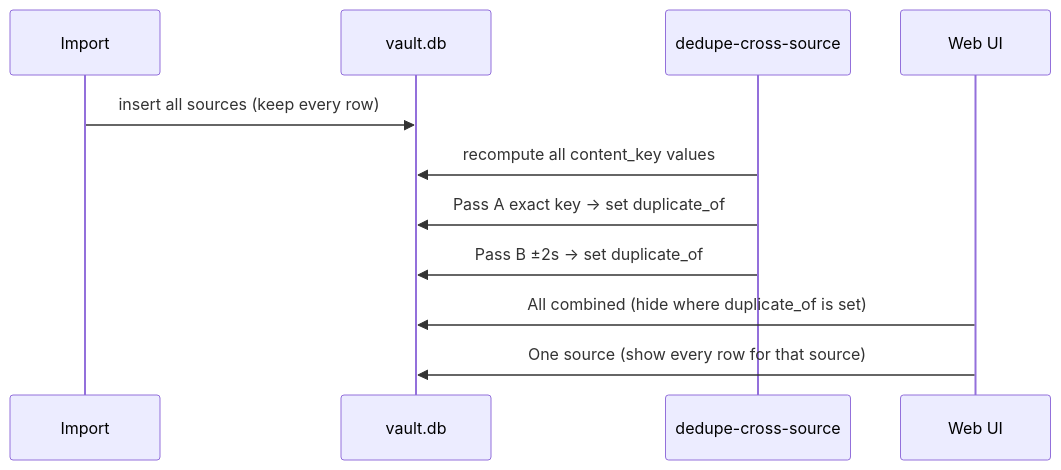
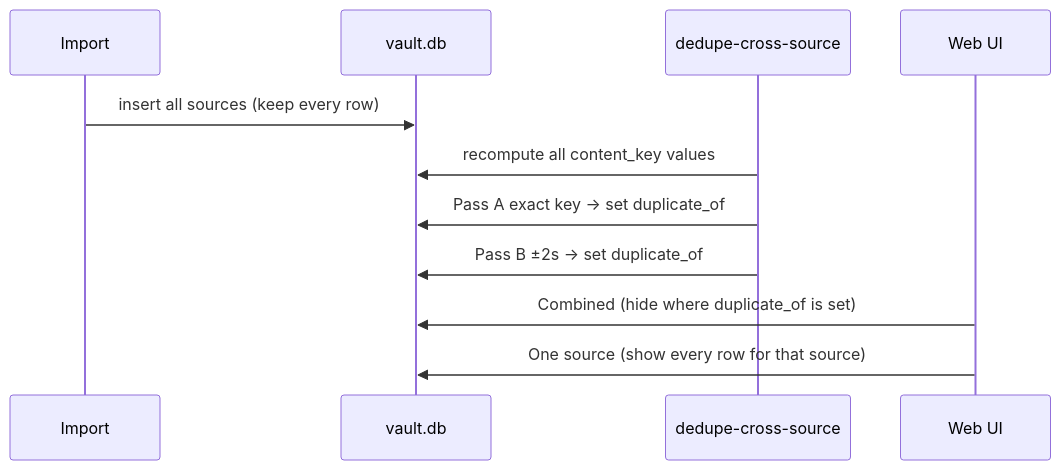
Before and after one commit to bitrealm-dev/message-vault-rs: the third of 4 diagrams in docs/dedupe.md, drawn with Mermaid. The commit also changed other lines of this file and 10 other files, not shown here.

````diff
--- a/docs/dedupe.md
+++ b/docs/dedupe.md
@@ -103,14 +105,14 @@
 ```mermaid
 sequenceDiagram
   participant Import
   participant DB as vault.db
   participant Dedupe as dedupe-cross-source
   participant UI as Web UI
 
   Import->>DB: insert all sources (keep every row)
   Dedupe->>DB: recompute all content_key values
   Dedupe->>DB: Pass A exact key → set duplicate_of
   Dedupe->>DB: Pass B ±2s → set duplicate_of
-  UI->>DB: All combined (hide where duplicate_of is set)
+  UI->>DB: Combined (hide where duplicate_of is set)
   UI->>DB: One source (show every row for that source)
 ```
````
